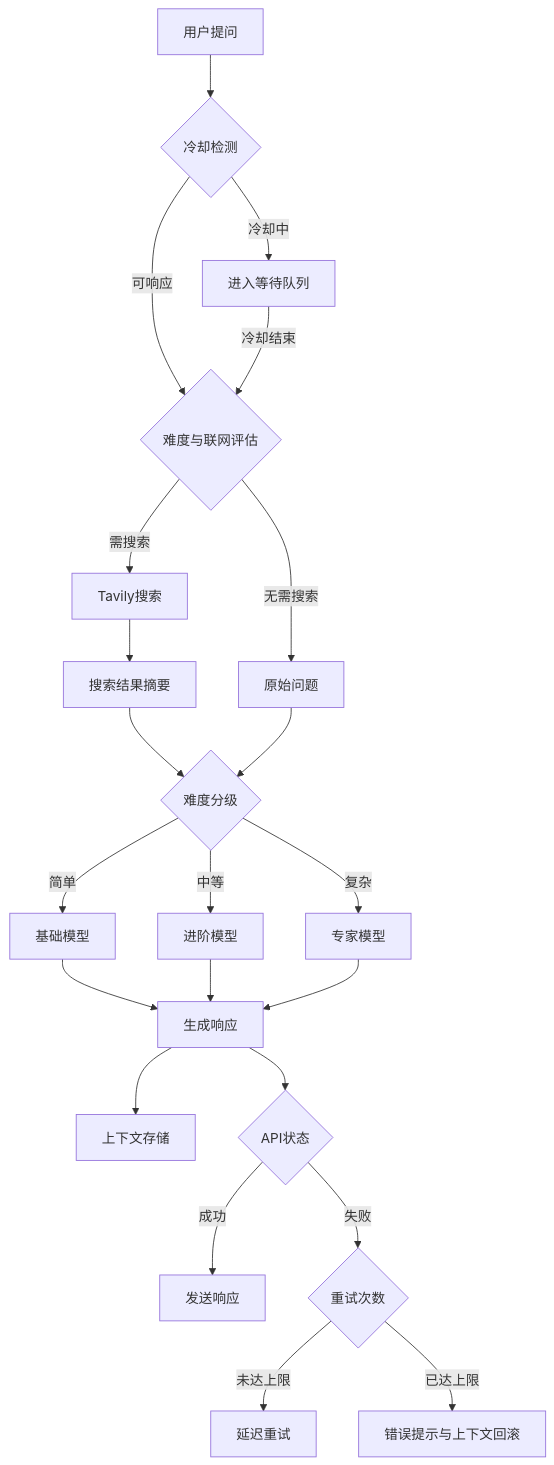
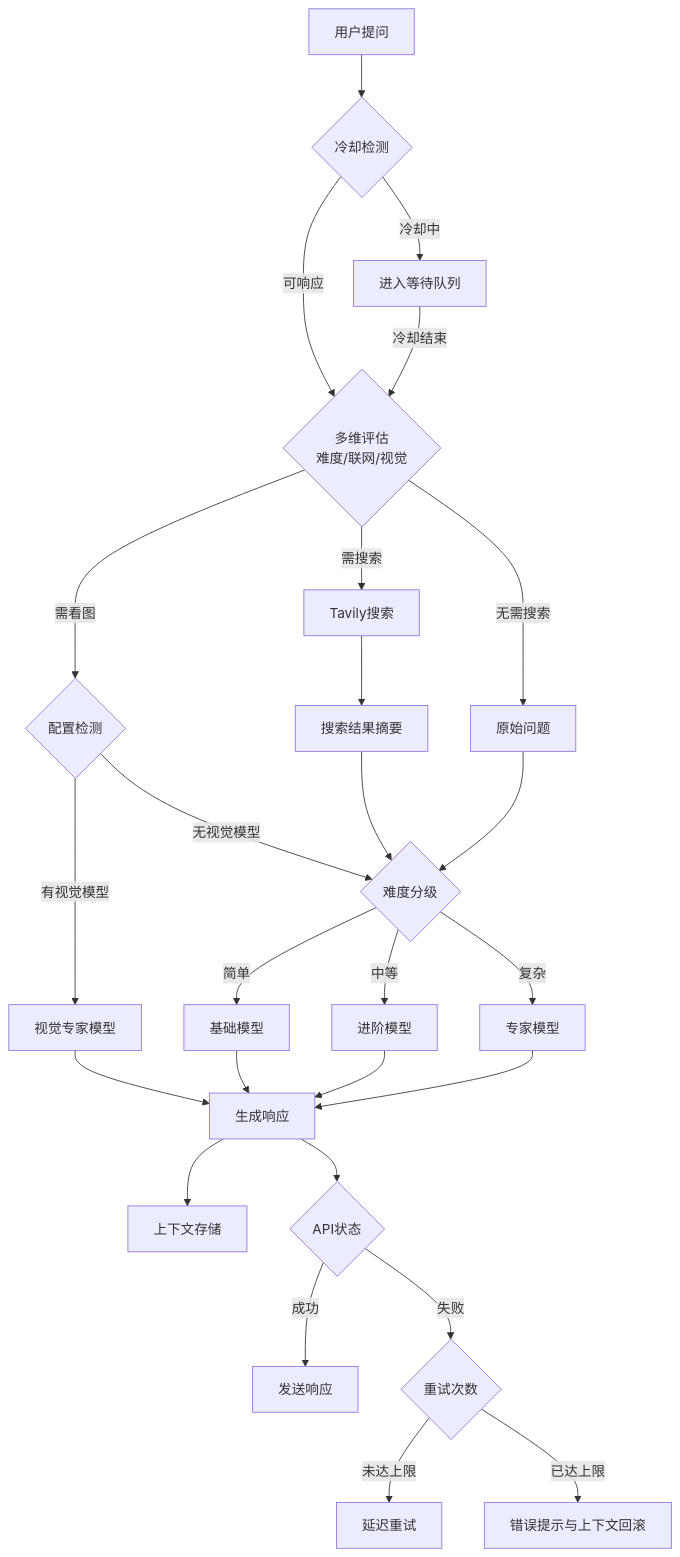
The diagram in README.md (Elflare/nonebot-plugin-moellmchats), drawn with Mermaid before and after one commit. The commit also changed other lines of this file and 5 other files, not shown here.

````diff
--- a/README.md
+++ b/README.md
@@ -292,21 +295,28 @@
 ```mermaid
 graph TD
     A[用户提问] --> B{冷却检测}
     B -->|冷却中| C[进入等待队列]
-    B -->|可响应| D{难度与联网评估}
+    B -->|可响应| D{多维评估<br>难度/联网/视觉}
     C -->|冷却结束| D
+
+    D -->|需看图| V{配置检测}
+    V -->|有视觉模型| VM[视觉专家模型]
+    V -->|无视觉模型| H
+
     D -->|需搜索| E[Tavily搜索]
     E --> F[搜索结果摘要]
     D -->|无需搜索| G[原始问题]
+
     F & G --> H{难度分级}
     H -->|简单| I[基础模型]
     H -->|中等| J[进阶模型]
     H -->|复杂| K[专家模型]
-    I & J & K --> L[生成响应]
+
+    VM & I & J & K --> L[生成响应]
     L --> M[上下文存储]
     L --> N{API状态}
     N -->|成功| O[发送响应]
     N -->|失败| P{重试次数}
     P -->|未达上限| Q[延迟重试]
     P -->|已达上限| R[错误提示与上下文回滚]
 ```
````
